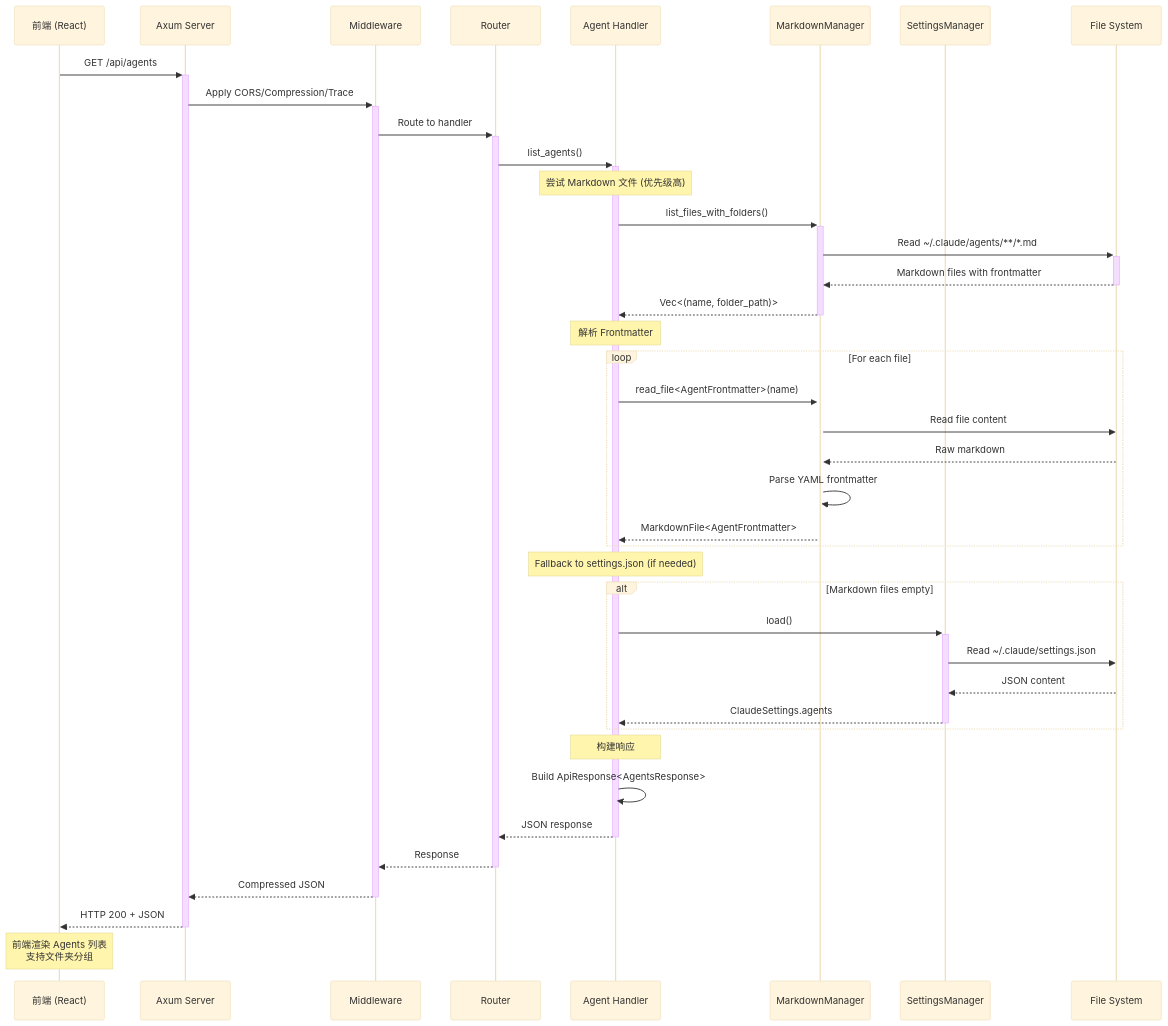
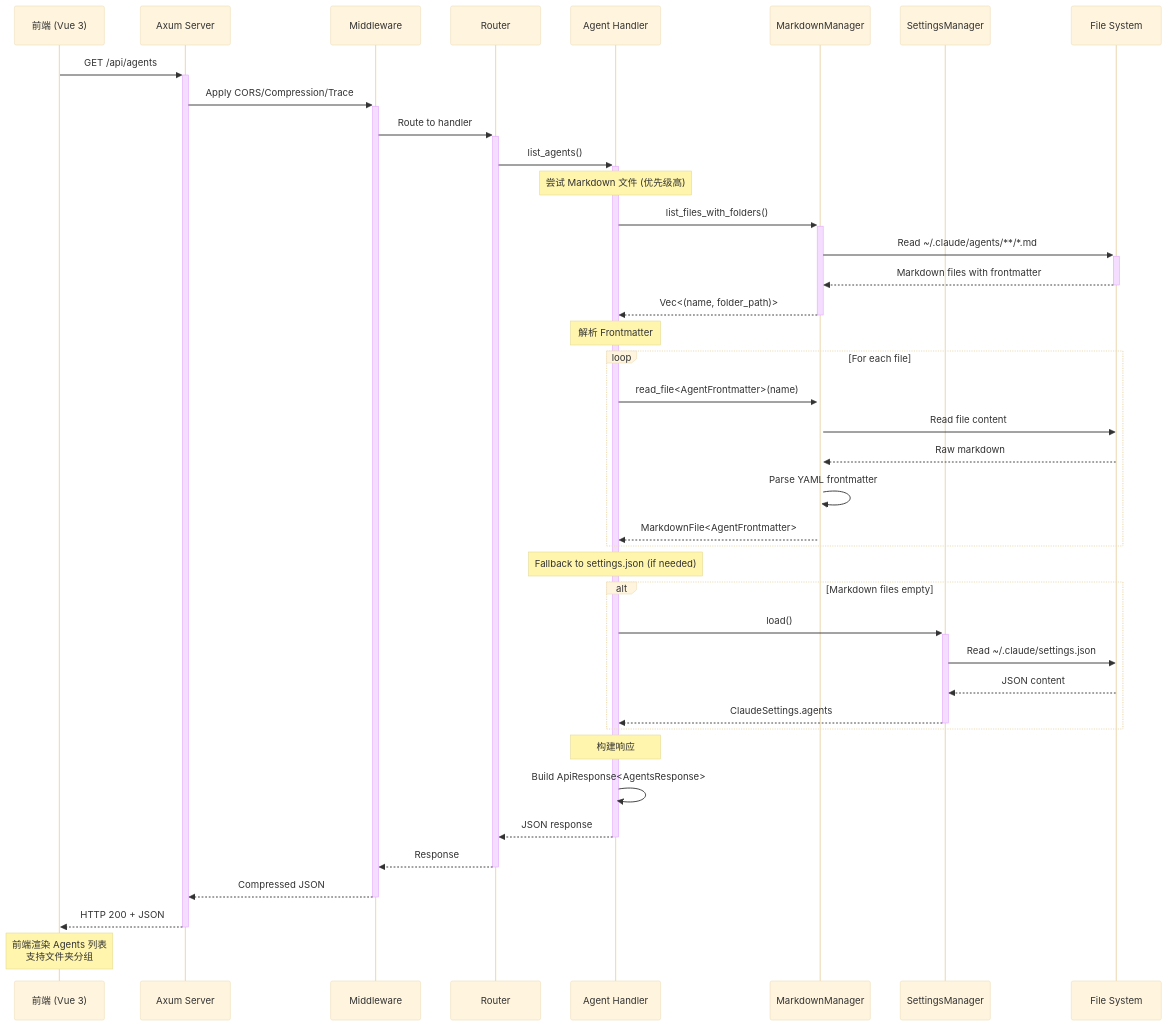
Before and after one commit to bahayonghang/ccr: the second of 3 diagrams in ccr-ui/docs/backend/architecture.md, drawn with Mermaid (base theme). The commit also changed other lines of this file and 14 other files, not shown here.

````diff
--- a/ccr-ui/docs/backend/architecture.md
+++ b/ccr-ui/docs/backend/architecture.md
@@ -122,48 +122,48 @@
 ```mermaid
 sequenceDiagram
-    participant F as 前端 (React)
+    participant F as 前端 (Vue 3)
     participant S as Axum Server
     participant M as Middleware
     participant R as Router
     participant H as Agent Handler
     participant MM as MarkdownManager
     participant SM as SettingsManager
     participant FS as File System
 
     F->>+S: GET /api/agents
     S->>+M: Apply CORS/Compression/Trace
     M->>+R: Route to handler
     R->>+H: list_agents()
     
     Note over H: 尝试 Markdown 文件 (优先级高)
     H->>+MM: list_files_with_folders()
     MM->>+FS: Read ~/.claude/agents/**/*.md
     FS-->>-MM: Markdown files with frontmatter
     MM-->>-H: Vec<(name, folder_path)>
     
     Note over H: 解析 Frontmatter
     loop For each file
         H->>+MM: read_file<AgentFrontmatter>(name)
         MM->>FS: Read file content
         FS-->>MM: Raw markdown
         MM->>MM: Parse YAML frontmatter
         MM-->>H: MarkdownFile<AgentFrontmatter>
     end
     
     Note over H: Fallback to settings.json (if needed)
     alt Markdown files empty
         H->>+SM: load()
         SM->>FS: Read ~/.claude/settings.json
         FS-->>SM: JSON content
         SM-->>-H: ClaudeSettings.agents
     end
     
     Note over H: 构建响应
     H->>H: Build ApiResponse<AgentsResponse>
     H-->>-R: JSON response
     R-->>-M: Response
     M-->>-S: Compressed JSON
     S-->>-F: HTTP 200 + JSON
     
     Note over F: 前端渲染 Agents 列表<br/>支持文件夹分组
 ```
````
